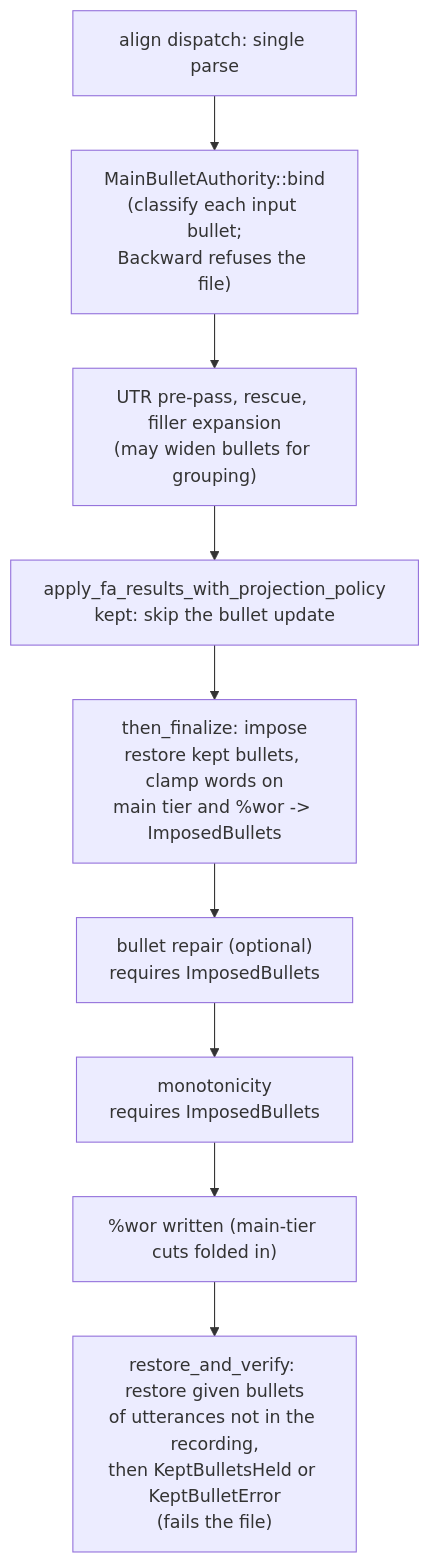
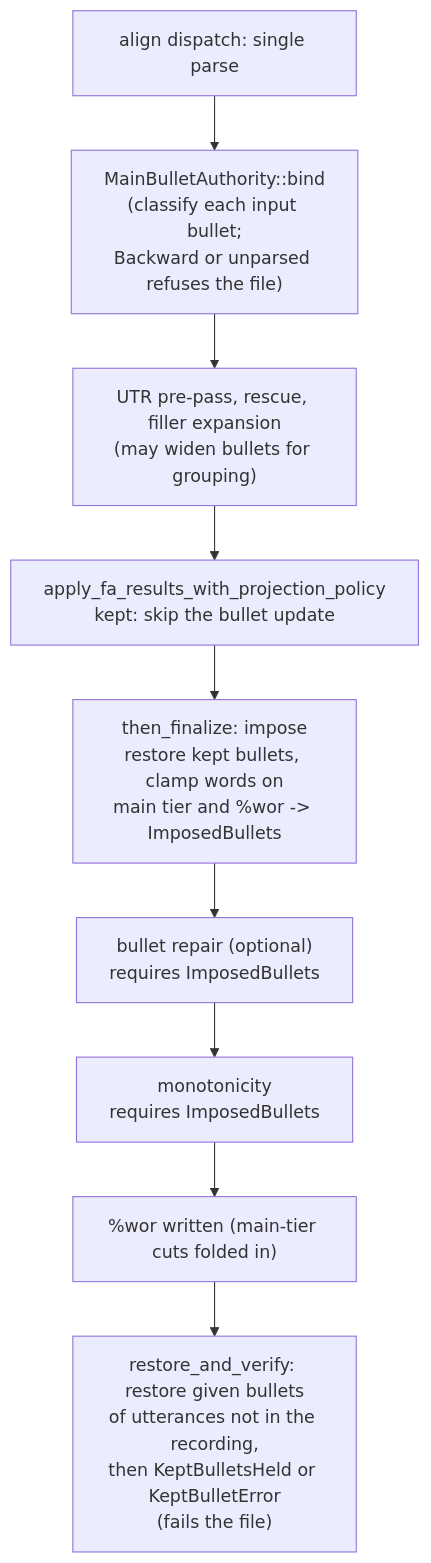
One commit to FranklinChen/talkbank-tools changed diagram 12 of 16 in book/src/batchalign/reference/forced-alignment.md. Above: the diagram before and after it, drawn with Mermaid. The commit also changed other lines of this file and 192 other files, not shown here.

````diff
--- a/book/src/batchalign/reference/forced-alignment.md
+++ b/book/src/batchalign/reference/forced-alignment.md
@@ -1587,11 +1590,11 @@
 ```mermaid
 flowchart TD
-    parse["align dispatch: single parse"] --> bind["MainBulletAuthority::bind<br/>(classify each input bullet;<br/>Backward refuses the file)"]
+    parse["align dispatch: single parse"] --> bind["MainBulletAuthority::bind<br/>(classify each input bullet;<br/>Backward or unparsed refuses the file)"]
     bind --> utr["UTR pre-pass, rescue, filler expansion<br/>(may widen bullets for grouping)"]
     utr --> apply["apply_fa_results_with_projection_policy<br/>kept: skip the bullet update"]
     apply --> impose["then_finalize: impose<br/>restore kept bullets, clamp words on<br/>main tier and %wor -> ImposedBullets"]
     impose --> repair["bullet repair (optional)<br/>requires ImposedBullets"]
     repair --> mono["monotonicity<br/>requires ImposedBullets"]
     mono --> wor["%wor written (main-tier cuts folded in)"]
     wor --> held["restore_and_verify: restore given bullets<br/>of utterances not in the recording,<br/>then KeptBulletsHeld or KeptBulletError<br/>(fails the file)"]
 ```
````
